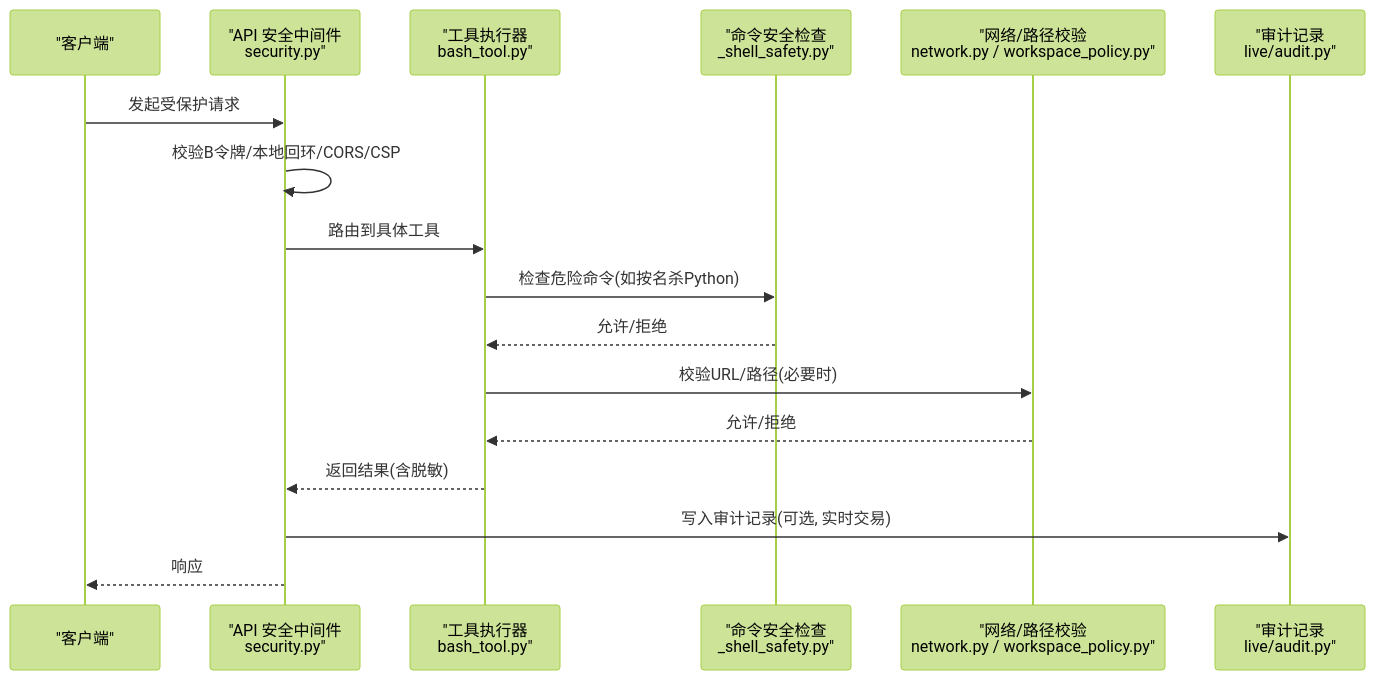
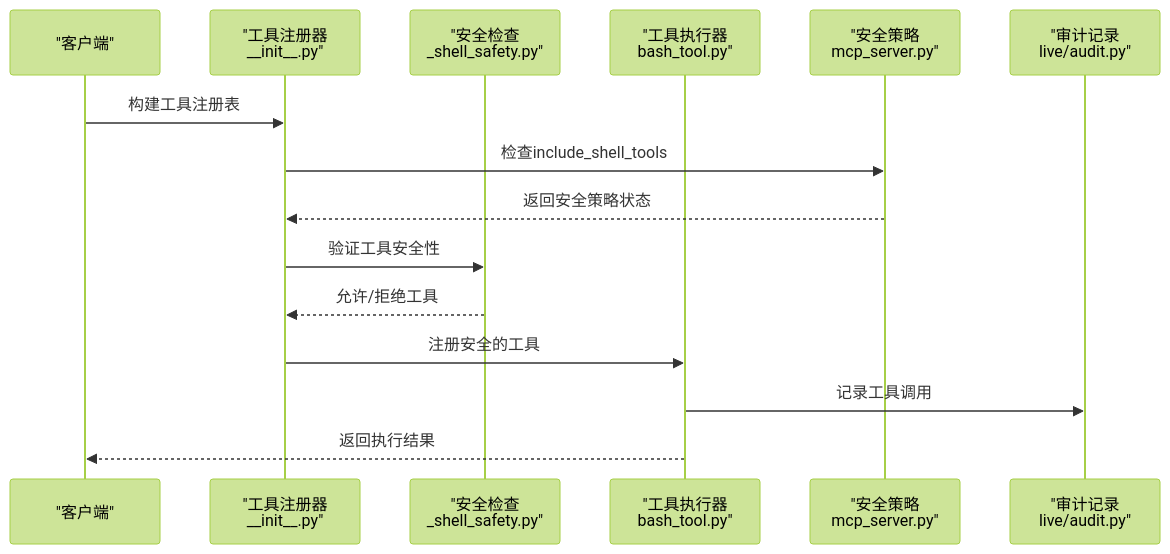
Before and after one commit to 20012002er/Vibe-Trading: the second of 5 diagrams in .qoder/repowiki/zh/content/AI代理系统/工具系统/工具安全控制.md, drawn with Mermaid (forest theme). The commit also changed other lines of this file and 7 other files, not shown here.

````diff
--- a/.qoder/repowiki/zh/content/AI代理系统/工具系统/工具安全控制.md
+++ b/.qoder/repowiki/zh/content/AI代理系统/工具系统/工具安全控制.md
@@ -99,19 +118,17 @@
 ```mermaid
 sequenceDiagram
 participant Client as "客户端"
-participant API as "API 安全中间件<br/>security.py"
+participant Registry as "工具注册器<br/>__init__.py"
+participant Safety as "安全检查<br/>_shell_safety.py"
 participant Tool as "工具执行器<br/>bash_tool.py"
-participant Safety as "命令安全检查<br/>_shell_safety.py"
-participant Net as "网络/路径校验<br/>network.py / workspace_policy.py"
+participant Policy as "安全策略<br/>mcp_server.py"
 participant Audit as "审计记录<br/>live/audit.py"
-Client->>API : 发起受保护请求
-API->>API : 校验B令牌/本地回环/CORS/CSP
-API->>Tool : 路由到具体工具
-Tool->>Safety : 检查危险命令(如按名杀Python)
-Safety-->>Tool : 允许/拒绝
-Tool->>Net : 校验URL/路径(必要时)
-Net-->>Tool : 允许/拒绝
-Tool-->>API : 返回结果(含脱敏)
-API->>Audit : 写入审计记录(可选, 实时交易)
-API-->>Client : 响应
+Client->>Registry : 构建工具注册表
+Registry->>Policy : 检查include_shell_tools
+Policy-->>Registry : 返回安全策略状态
+Registry->>Safety : 验证工具安全性
+Safety-->>Registry : 允许/拒绝工具
+Registry->>Tool : 注册安全的工具
+Tool->>Audit : 记录工具调用
+Tool-->>Client : 返回执行结果
 ```
````
